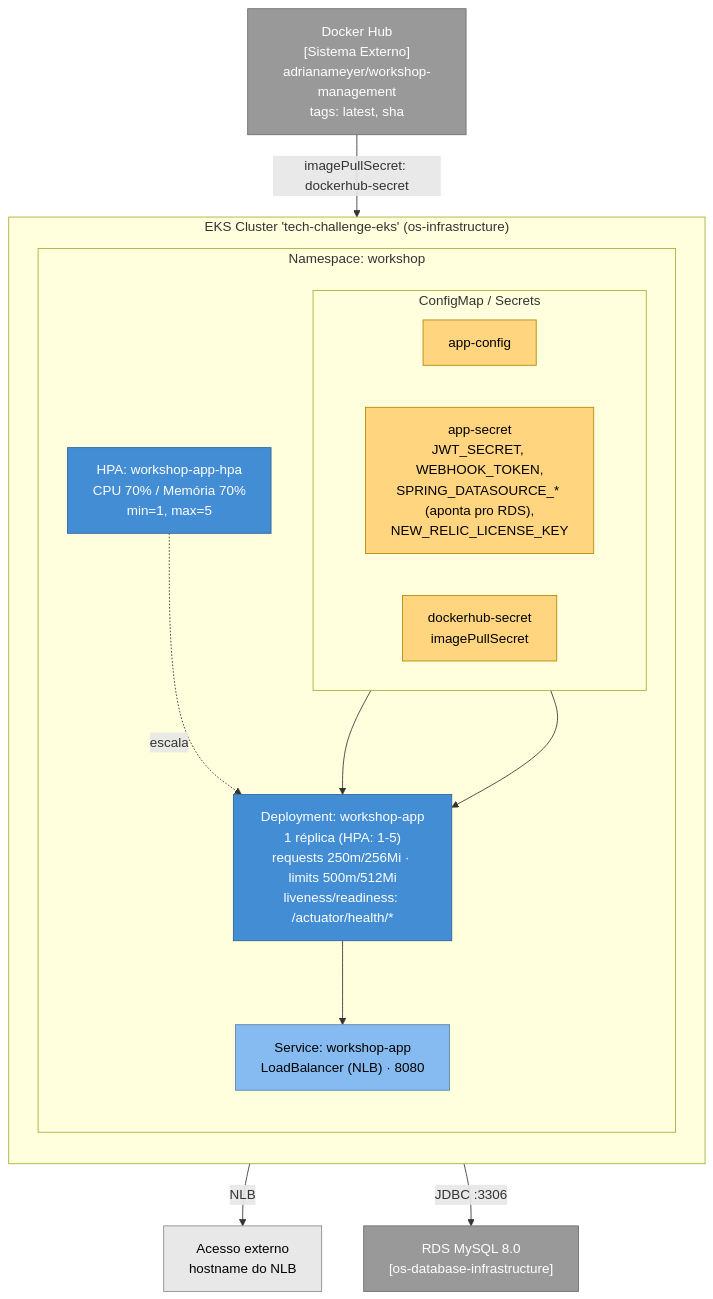
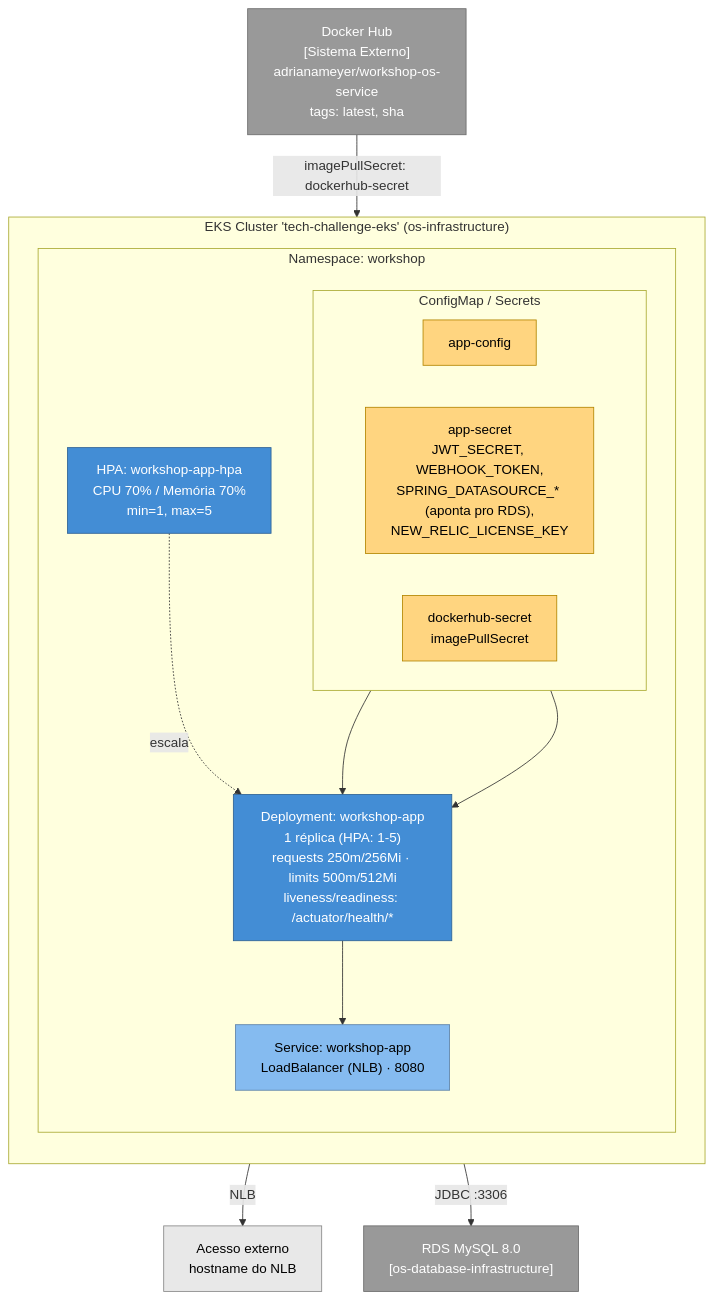
The diagram in docs/DEPLOYMENT.md (Adriana-Meyer/fiap-tech-challenge-os-service), drawn with Mermaid before and after one commit. The commit also changed 11 other files, not shown here.

````diff
--- a/docs/DEPLOYMENT.md
+++ b/docs/DEPLOYMENT.md
@@ -48,39 +48,39 @@
 ```mermaid
 flowchart TB
     classDef external fill:#999999,stroke:#6b6b6b,color:#fff
     classDef node fill:#e8e8e8,stroke:#888,color:#000
     classDef deploy fill:#438dd5,stroke:#2e6295,color:#fff
     classDef svc fill:#85bbf0,stroke:#5d82a8,color:#000
     classDef store fill:#ffd580,stroke:#b38600,color:#000
 
-    DockerHub["Docker Hub<br/>[Sistema Externo]<br/>adrianameyer/workshop-management<br/>tags: latest, sha"]:::external
+    DockerHub["Docker Hub<br/>[Sistema Externo]<br/>adrianameyer/workshop-os-service<br/>tags: latest, sha"]:::external
     RDS["RDS MySQL 8.0<br/>[os-database-infrastructure]"]:::external
 
     subgraph EKS["EKS Cluster 'tech-challenge-eks' (os-infrastructure)"]
       direction TB
       subgraph NS["Namespace: workshop"]
         direction TB
 
         subgraph Config["ConfigMap / Secrets"]
           direction LR
           CM1["app-config"]:::store
           SEC1["app-secret<br/>JWT_SECRET, WEBHOOK_TOKEN,<br/>SPRING_DATASOURCE_* (aponta pro RDS),<br/>NEW_RELIC_LICENSE_KEY"]:::store
           SEC2["dockerhub-secret<br/>imagePullSecret"]:::store
         end
 
         DeployApp["Deployment: workshop-app<br/>1 réplica (HPA: 1-5)<br/>requests 250m/256Mi · limits 500m/512Mi<br/>liveness/readiness: /actuator/health/*"]:::deploy
         SvcApp["Service: workshop-app<br/>LoadBalancer (NLB) · 8080"]:::svc
         HPA["HPA: workshop-app-hpa<br/>CPU 70% / Memória 70%<br/>min=1, max=5"]:::deploy
       end
     end
 
     Host["Acesso externo<br/>hostname do NLB"]:::node
 
     DockerHub -- "imagePullSecret: dockerhub-secret" --> DeployApp
     CM1 --> DeployApp
     SEC1 --> DeployApp
     DeployApp --> SvcApp
     SvcApp -- "NLB" --> Host
     HPA -. "escala" .-> DeployApp
     DeployApp -- "JDBC :3306" --> RDS
 ```
````
